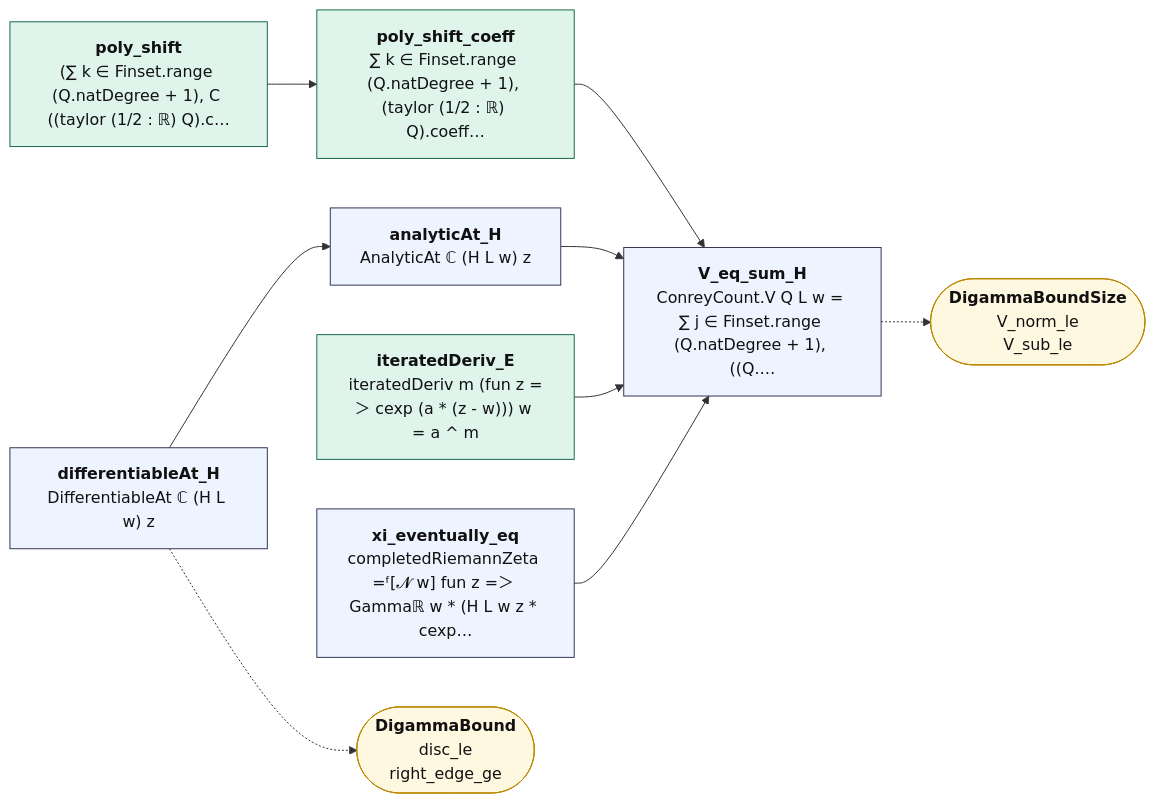
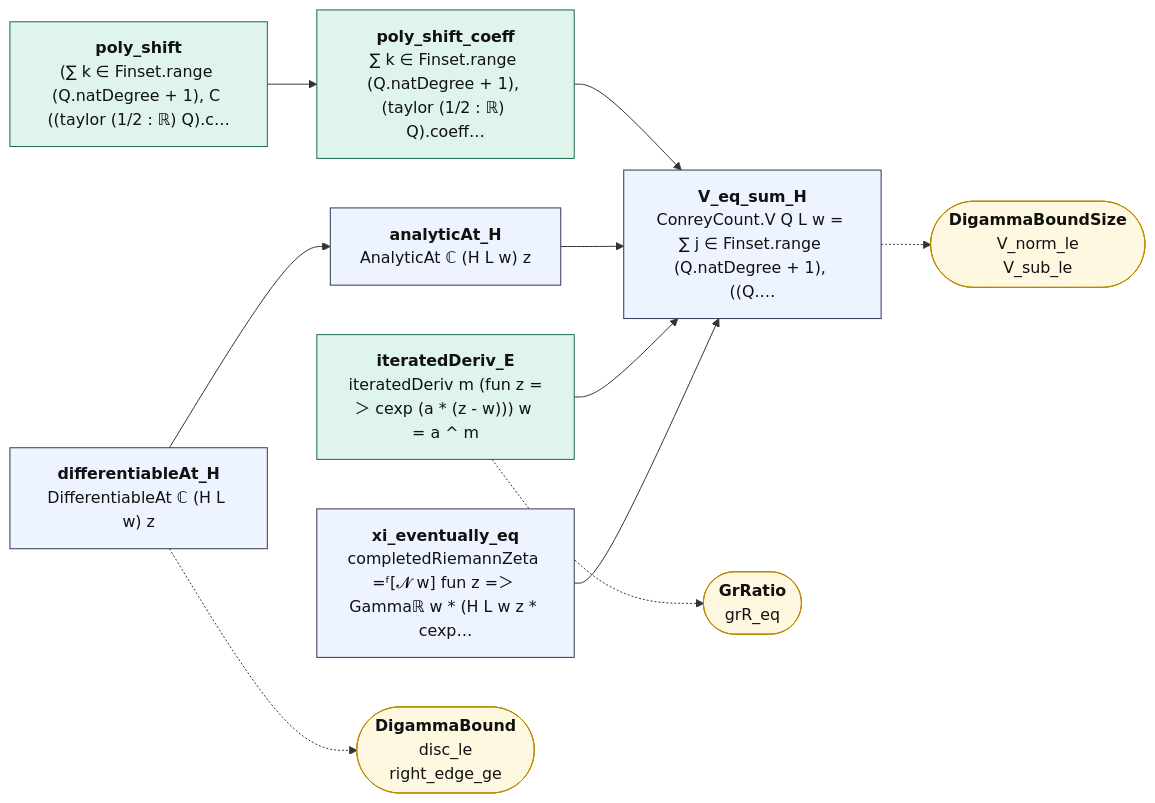
Before and after one commit to juliansambranojr/Primebeat_081426: the diagram in map/lean_stage3/DigammaBoundIdentity.mmd, drawn with Mermaid. The commit also changed 27 other files, not shown here.

```diff
--- a/map/lean_stage3/DigammaBoundIdentity.mmd
+++ b/map/lean_stage3/DigammaBoundIdentity.mmd
@@ -1,26 +1,28 @@
 flowchart LR
   n0["<b>poly_shift</b><br/>(∑ k ∈ Finset.range (Q.natDegree + 1), C ((taylor (1/2 : ℝ) Q).c…"]:::cnt
   n1["<b>poly_shift_coeff</b><br/>∑ k ∈ Finset.range (Q.natDegree + 1), (taylor (1/2 : ℝ) Q).coeff…"]:::cnt
   n2["<b>differentiableAt_H</b><br/>DifferentiableAt ℂ (H L w) z"]:::thm
   n3["<b>analyticAt_H</b><br/>AnalyticAt ℂ (H L w) z"]:::thm
   n4["<b>iteratedDeriv_E</b><br/>iteratedDeriv m (fun z =＞ cexp (a * (z - w))) w = a ^ m"]:::cnt
   n5["<b>xi_eventually_eq</b><br/>completedRiemannZeta =ᶠ[𝓝 w] fun z =＞ Gammaℝ w * (H L w z * cexp…"]:::thm
   n6["<b>V_eq_sum_H</b><br/>ConreyCount.V Q L w = ∑ j ∈ Finset.range (Q.natDegree + 1), ((Q.…"]:::thm
   x0(["<b>DigammaBound</b><br/>disc_le<br/>right_edge_ge"]):::ext
-  x1(["<b>DigammaBoundSize</b><br/>V_norm_le<br/>V_sub_le"]):::ext
+  x1(["<b>GrRatio</b><br/>grR_eq"]):::ext
+  x2(["<b>DigammaBoundSize</b><br/>V_norm_le<br/>V_sub_le"]):::ext
   n0 --> n1
   n1 --> n6
   n2 --> n3
   n3 --> n6
   n4 --> n6
   n5 --> n6
   n2 -.-> x0
-  n6 -.-> x1
+  n4 -.-> x1
+  n6 -.-> x2
   classDef cnt fill:#dff5ec,stroke:#17694a,color:#111
   classDef shp fill:#f1ecfb,stroke:#5b3fa0,color:#111
   classDef rh fill:#ffe5e5,stroke:#c22,color:#111,stroke-width:2px
   classDef thm fill:#eef4ff,stroke:#335,color:#111
   classDef end_ fill:#e7f7e7,stroke:#2a7,color:#111,stroke-width:2px
   classDef lone fill:#fff,stroke:#999,color:#111,stroke-dasharray:4 3
   classDef bad fill:#ffe5e5,stroke:#c22,color:#111,stroke-width:2px
   classDef ext fill:#fff8e1,stroke:#b80,color:#111
```
